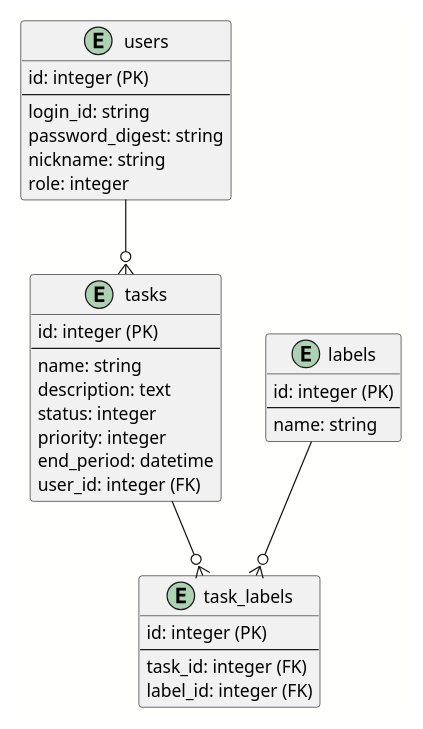
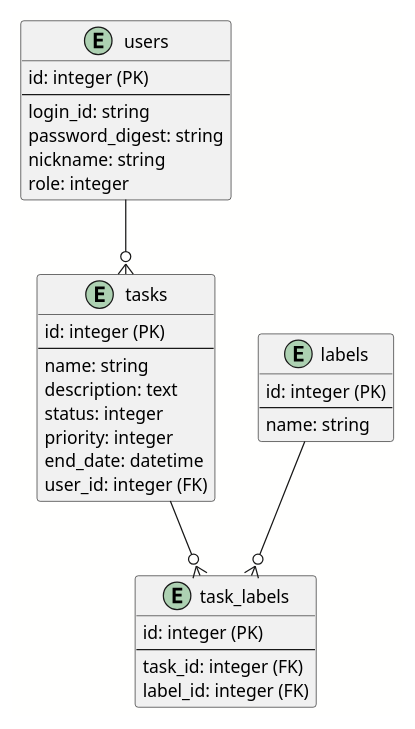
One commit to necocoa/el-training changed the diagram in README.md. Above: the diagram before and after it, drawn with PlantUML.

Commit message:
fix ER図のカラム名

````diff
--- a/README.md
+++ b/README.md
@@ -14,43 +14,43 @@
 ```plantuml
 skinparam defaultFontName Menlo
 skinparam backgroundColor #FFFFFE
 
 entity users {
   id: integer (PK)
   --
   login_id: string
   password_digest: string
   nickname: string
   role: integer
 }
 
 entity tasks {
   id: integer (PK)
   --
   name: string
   description: text
   status: integer
   priority: integer
-  end_period: datetime
+  end_date: datetime
   user_id: integer (FK)
 }
 
 entity labels {
   id: integer (PK)
   --
   name: string
 }
 
 entity task_labels {
   id: integer (PK)
   --
   task_id: integer (FK)
   label_id: integer (FK)
 }
 
 
 users --o{ tasks
 tasks --o{ task_labels
 labels --o{ task_labels
 
 ```
````
